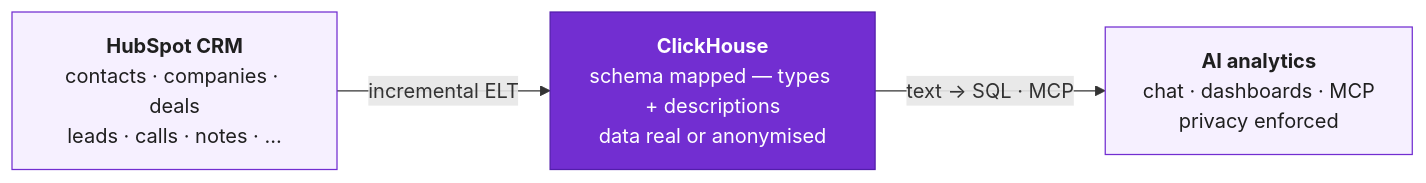
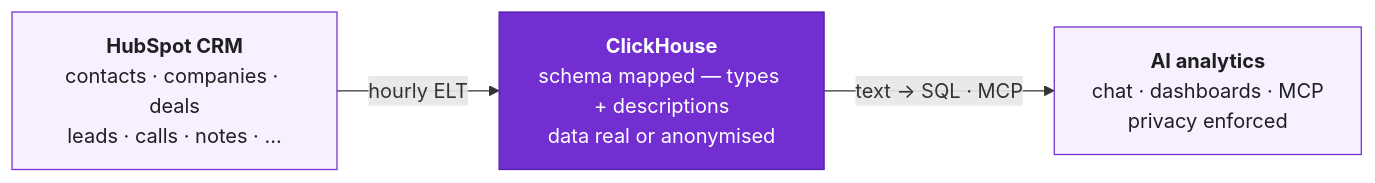
Before and after one commit to borismichel/ClickSpot: the first of 2 diagrams in README.md, drawn with Mermaid. The commit also changed other lines of this file and 1 other file, not shown here.

First line of the commit message:
docs(readme): fix ELT label (full loads, not incremental) + wire product shot

````diff
--- a/README.md
+++ b/README.md
@@ -147,13 +143,13 @@
 ```mermaid
 flowchart LR
     HS["<b>HubSpot CRM</b><br/>contacts · companies · deals<br/>leads · calls · notes · …"]
     CH["<b>ClickHouse</b><br/>schema mapped — types + descriptions<br/>data real or anonymised"]
     AI["<b>AI analytics</b><br/>chat · dashboards · MCP<br/>privacy enforced"]
-    HS -->|"incremental ELT"| CH
+    HS -->|"hourly ELT"| CH
     CH -->|"text → SQL · MCP"| AI
 
     classDef store fill:#722ed1,stroke:#531dab,color:#fff;
     classDef edge fill:#f6f0ff,stroke:#722ed1,color:#1f1f1f;
     class CH store;
     class HS,AI edge;
 ```
````
